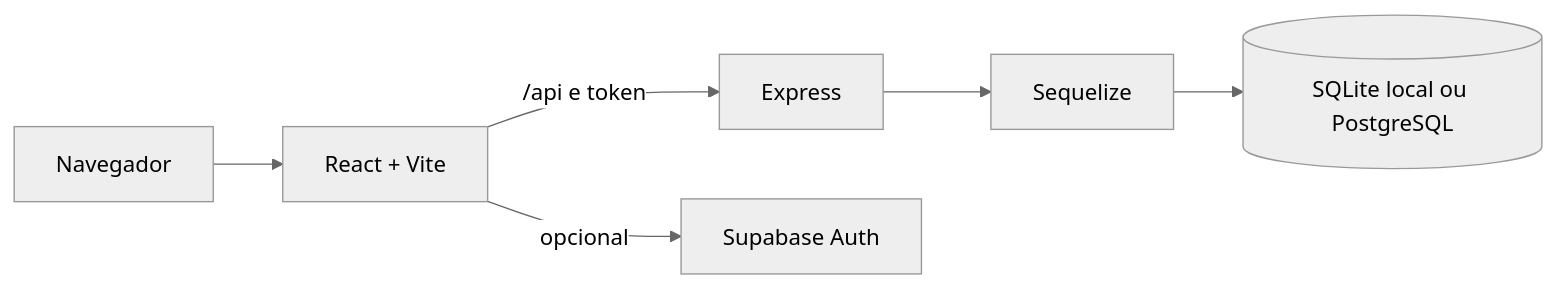
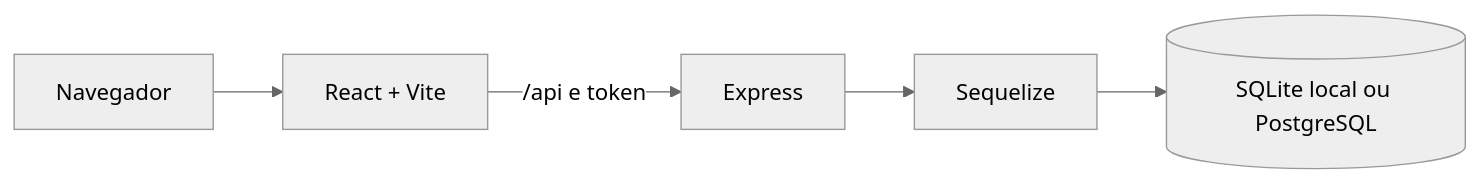
The diagram in docs/ARCHITECTURE.md (crisprescrimed-ai/prescrimed), drawn with Mermaid (neutral theme) before and after one commit. The commit also changed other lines of this file and 22 other files, not shown here.

````diff
--- a/docs/ARCHITECTURE.md
+++ b/docs/ARCHITECTURE.md
@@ -5,8 +5,7 @@
 ```mermaid
 flowchart LR
   Browser[Navegador] --> Web[React + Vite]
   Web -->|/api e token| Api[Express]
   Api --> Orm[Sequelize]
   Orm --> Db[(SQLite local ou PostgreSQL)]
-  Web -->|opcional| Supabase[Supabase Auth]
 ```
````
